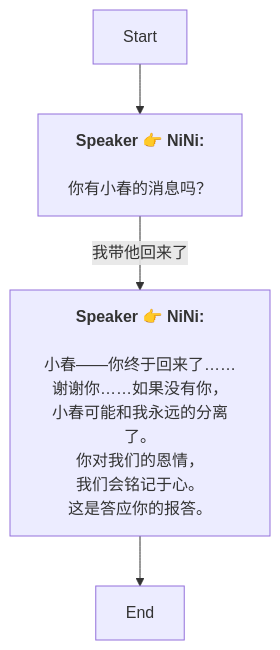
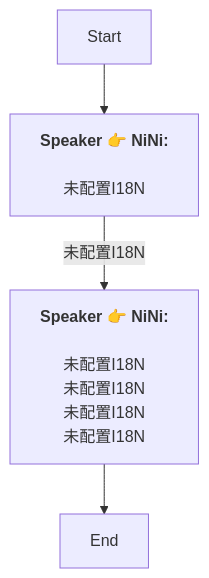
Before and after one commit to SoftHu/tos_avg: the diagram in Zh/QuestTalkObjectiveNode_1770750334383150.md, drawn with Mermaid. The commit also changed 730 other files, not shown here.

````diff
--- a/Zh/QuestTalkObjectiveNode_1770750334383150.md
+++ b/Zh/QuestTalkObjectiveNode_1770750334383150.md
@@ -1,11 +1,9 @@
 ```mermaid
 graph
 Start -->1770750449820772[<b>Speaker 👉 NiNi:</b>
-\n你有小春的消息吗？]
-1770750449820772 -->|我带他回来了|1770750449825899[<b>Speaker 👉 NiNi:</b>
-\n小春——你终于回来了……\n谢谢你……如果没有你，
-小春可能和我永远的分离了。\n你对我们的恩情，
-我们会铭记于心。\n这是答应你的报答。]
+\n未配置I18N]
+1770750449820772 -->|未配置I18N|1770750449825899[<b>Speaker 👉 NiNi:</b>
+\n未配置I18N\n未配置I18N\n未配置I18N\n未配置I18N]
 1770750449825899 -->1770750449825900[End]
 
 ```
````
